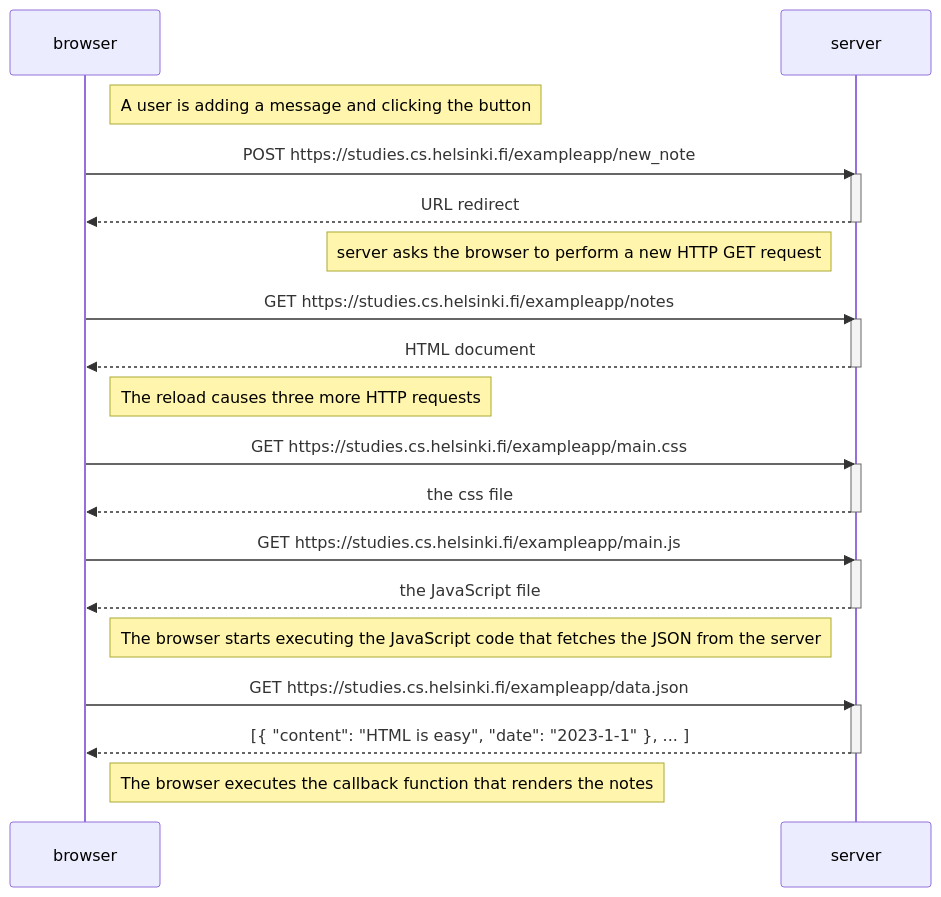
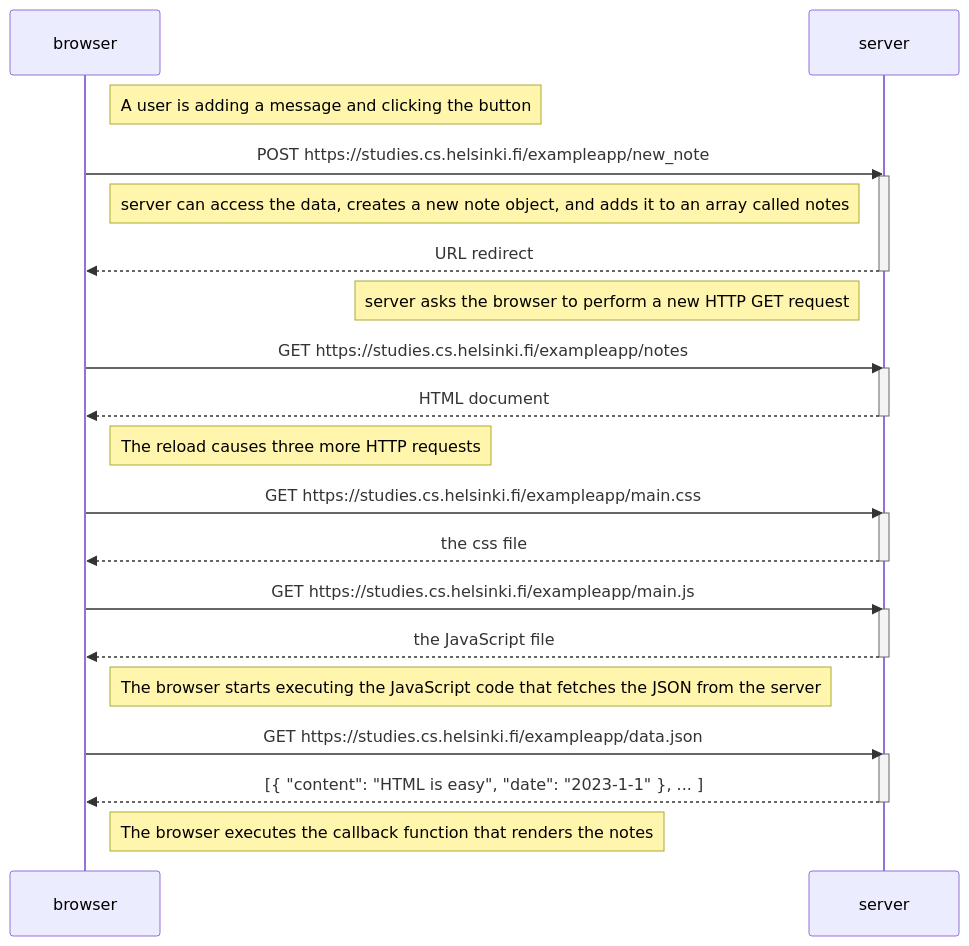
One commit to karolinakwasny/Full_Stack_open changed the diagram in part0/new_note_diagram.md. Above: the diagram before and after it, drawn with Mermaid.

Commit message:
0.4 vs 5

````diff
--- a/part0/new_note_diagram.md
+++ b/part0/new_note_diagram.md
@@ -1,40 +1,43 @@
 ```mermaid
 sequenceDiagram
     participant browser
     participant server
 
     Note right of browser: A user is adding a message and clicking the button
 
     browser->>server: POST https://studies.cs.helsinki.fi/exampleapp/new_note
     activate server
+
+    Note left of server: server can access the data, creates a new note object, and adds it to an array called notes
+
     server-->>browser: URL redirect
     deactivate server
 
     Note left of server: server asks the browser to perform a new HTTP GET request
 
     browser->>server: GET https://studies.cs.helsinki.fi/exampleapp/notes
     activate server
     server-->>browser: HTML document
     deactivate server
 
     Note right of browser: The reload causes three more HTTP requests
 
     browser->>server: GET https://studies.cs.helsinki.fi/exampleapp/main.css
     activate server
     server-->>browser: the css file
     deactivate server
 
     browser->>server: GET https://studies.cs.helsinki.fi/exampleapp/main.js
     activate server
     server-->>browser: the JavaScript file
     deactivate server
 
     Note right of browser: The browser starts executing the JavaScript code that fetches the JSON from the server
 
     browser->>server: GET https://studies.cs.helsinki.fi/exampleapp/data.json
     activate server
     server-->>browser: [{ "content": "HTML is easy", "date": "2023-1-1" }, ... ]
     deactivate server
 
     Note right of browser: The browser executes the callback function that renders the notes
 ```
````
